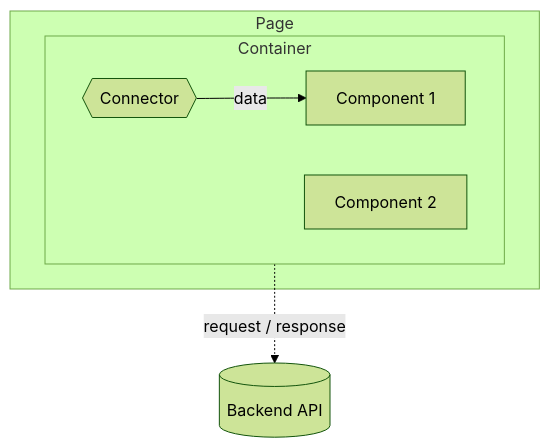
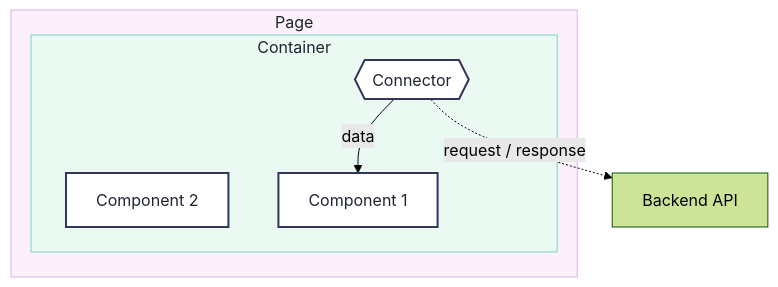
The diagram in src/packages/web/README.md (esaounkine/uop-thesis), drawn with Mermaid (forest theme) before and after one commit. The commit also changed 15 other files, not shown here.

First line of the commit message:
[docs] Extract all diagrams as code + add make target

````diff
--- a/src/packages/web/README.md
+++ b/src/packages/web/README.md
@@ -31,15 +31,16 @@
 ```mermaid
-flowchart TB
-    subgraph PAGE["Page"]
-        subgraph CONT["Container"]
-            direction LR
-            COMP1["Component 1"]
-            COMP2["Component 2"]
-            CONN{{"Connector"}}
-            CONN -- "data" --> COMP1
+graph TB
+    subgraph page["Page"]
+        subgraph container["Container"]
+            conn{{"Connector"}}
+            c2["Component 2"]
+            conn -->|"data"| c1["Component 1"]
         end
     end
+    conn -.->|"request / response"| api["Backend API"]
 
-    API[("Backend API")]
-    CONN -. "request / response" .-> API
+    classDef plain fill:#ffffff,stroke:#33365c,stroke-width:2px,color:#1f2430
+    class conn,c1,c2 plain
+    style page fill:#fdf0fd,stroke:#d9b3e6,color:#1f2430
+    style container fill:#eafaf3,stroke:#7fd4c1,color:#1f2430
 ```
````
